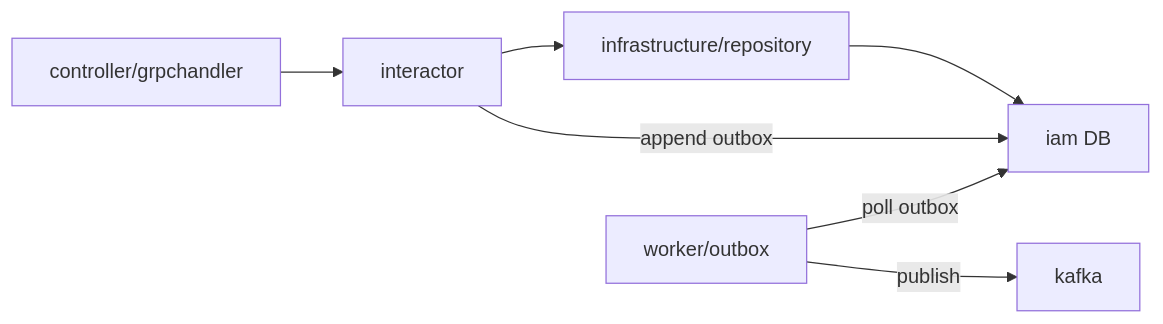
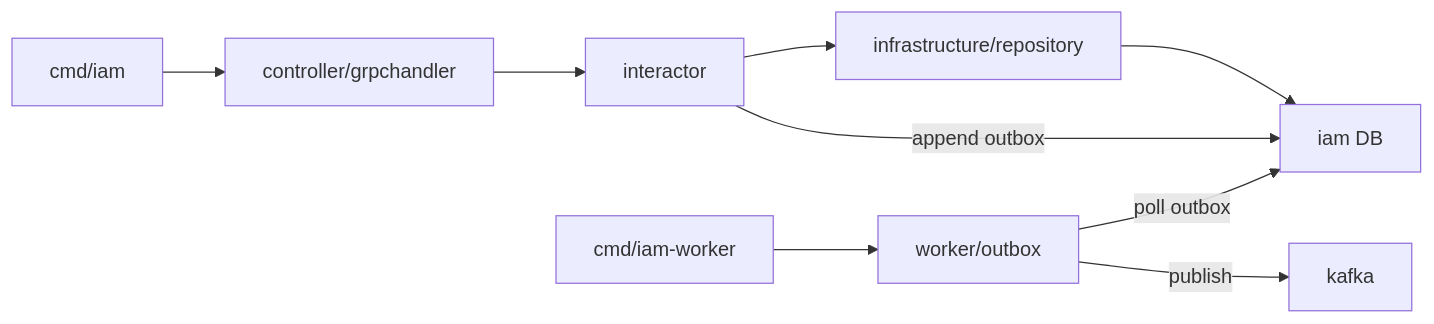
The second of 8 diagrams in docs/architecture/modules.md (tuannm99/podzone), drawn with Mermaid before and after one commit. The commit also changed other lines of this file and 10 other files, not shown here.

Commit message:
refactor(vibe): auth/iam - split api and worker runtimes

````diff
--- a/docs/architecture/modules.md
+++ b/docs/architecture/modules.md
@@ -38,16 +44,20 @@
 ```mermaid
 flowchart LR
     IAMServer["controller/grpchandler"]
     IAMInteractor["interactor"]
     IAMRepo["infrastructure/repository"]
     OutboxWorker["worker/outbox"]
+    IAMAPI["cmd/iam"]
+    IAMWorker["cmd/iam-worker"]
     IAMDB["iam DB"]
     Kafka["kafka"]
 
+    IAMAPI --> IAMServer
     IAMServer --> IAMInteractor
     IAMInteractor --> IAMRepo
     IAMRepo --> IAMDB
+    IAMWorker --> OutboxWorker
     IAMInteractor -->|"append outbox"| IAMDB
     OutboxWorker -->|"poll outbox"| IAMDB
     OutboxWorker -->|"publish"| Kafka
 ```
````
